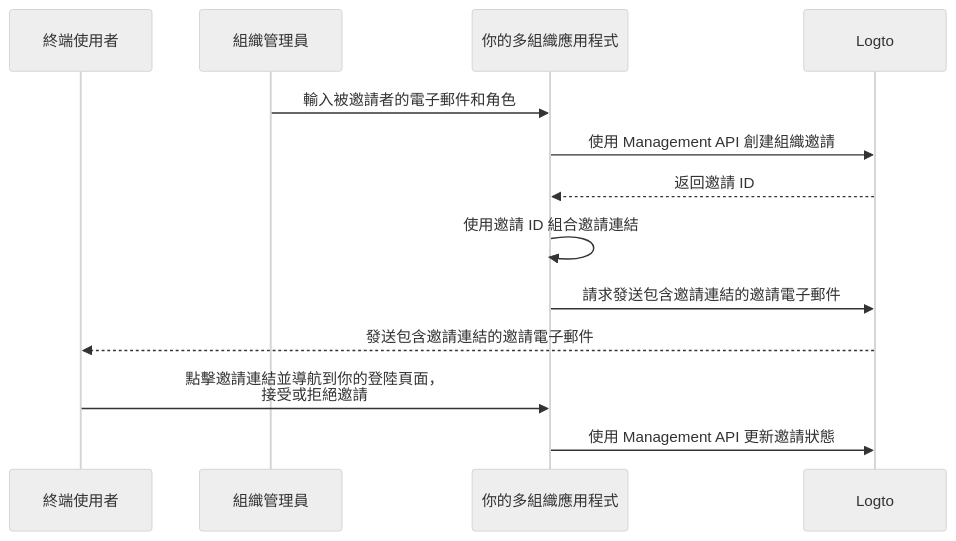
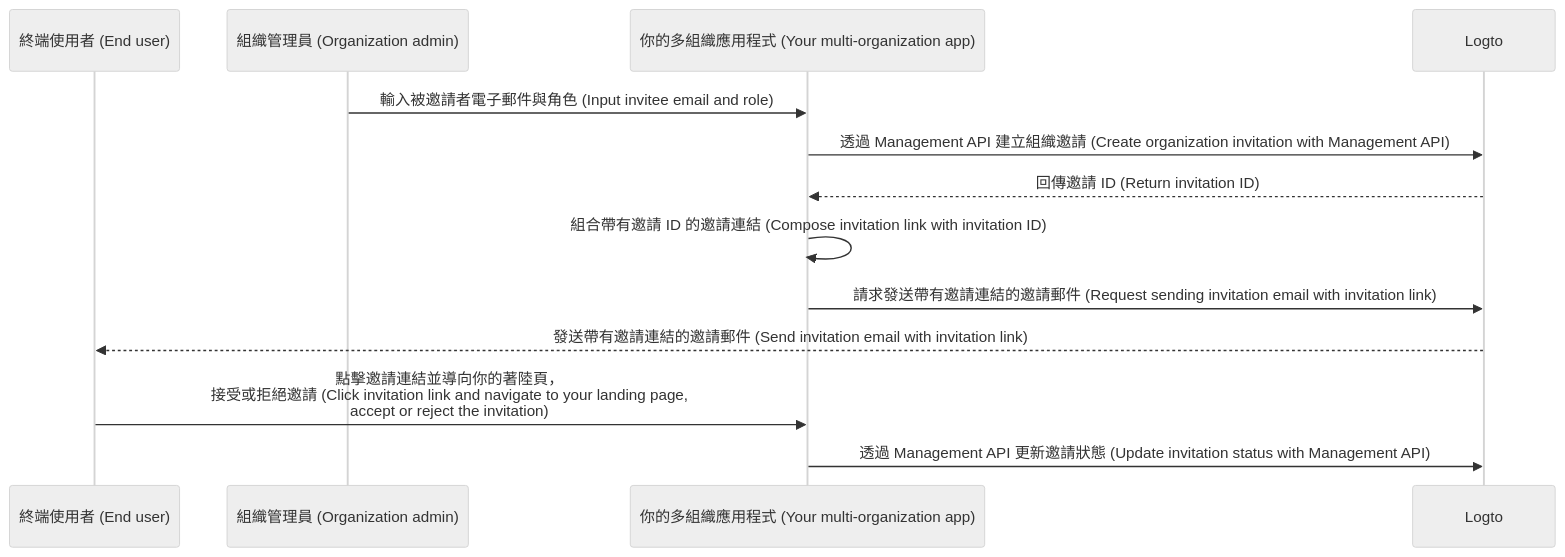
Before and after one commit to logto-io/docs: the diagram in i18n/zh-TW/docusaurus-plugin-content-docs/current/end-user-flows/organization-experience/invite-organization-members.mdx, drawn with Mermaid (neutral theme). The commit also changed other lines of this file and 357 other files, not shown here.

````diff
--- a/i18n/zh-TW/docusaurus-plugin-content-docs/current/end-user-flows/organization-experience/invite-organization-members.mdx
+++ b/i18n/zh-TW/docusaurus-plugin-content-docs/current/end-user-flows/organization-experience/invite-organization-members.mdx
@@ -13,16 +13,16 @@
 ```mermaid
 sequenceDiagram
-	Participant U as 終端使用者
-  Participant A as 組織管理員
-  Participant C as 你的多組織應用程式
+	Participant U as 終端使用者 (End user)
+  Participant A as 組織管理員 (Organization admin)
+  Participant C as 你的多組織應用程式 (Your multi-organization app)
 	Participant L as Logto
 
-  A ->> C: 輸入被邀請者的電子郵件和角色
-  C ->> L: 使用 Management API 創建組織邀請
-  L -->> C: 返回邀請 ID
-  C ->> C: 使用邀請 ID 組合邀請連結
-  C ->> L: 請求發送包含邀請連結的邀請電子郵件
-  L -->> U: 發送包含邀請連結的邀請電子郵件
-  U ->> C: 點擊邀請連結並導航到你的登陸頁面，<br />接受或拒絕邀請
-  C ->> L: 使用 Management API 更新邀請狀態
+  A ->> C: 輸入被邀請者電子郵件與角色 (Input invitee email and role)
+  C ->> L: 透過 Management API 建立組織邀請 (Create organization invitation with Management API)
+  L -->> C: 回傳邀請 ID (Return invitation ID)
+  C ->> C: 組合帶有邀請 ID 的邀請連結 (Compose invitation link with invitation ID)
+  C ->> L: 請求發送帶有邀請連結的邀請郵件 (Request sending invitation email with invitation link)
+  L -->> U: 發送帶有邀請連結的邀請郵件 (Send invitation email with invitation link)
+  U ->> C: 點擊邀請連結並導向你的著陸頁，<br />接受或拒絕邀請 (Click invitation link and navigate to your landing page,<br /> accept or reject the invitation)
+  C ->> L: 透過 Management API 更新邀請狀態 (Update invitation status with Management API)
 ```
````
